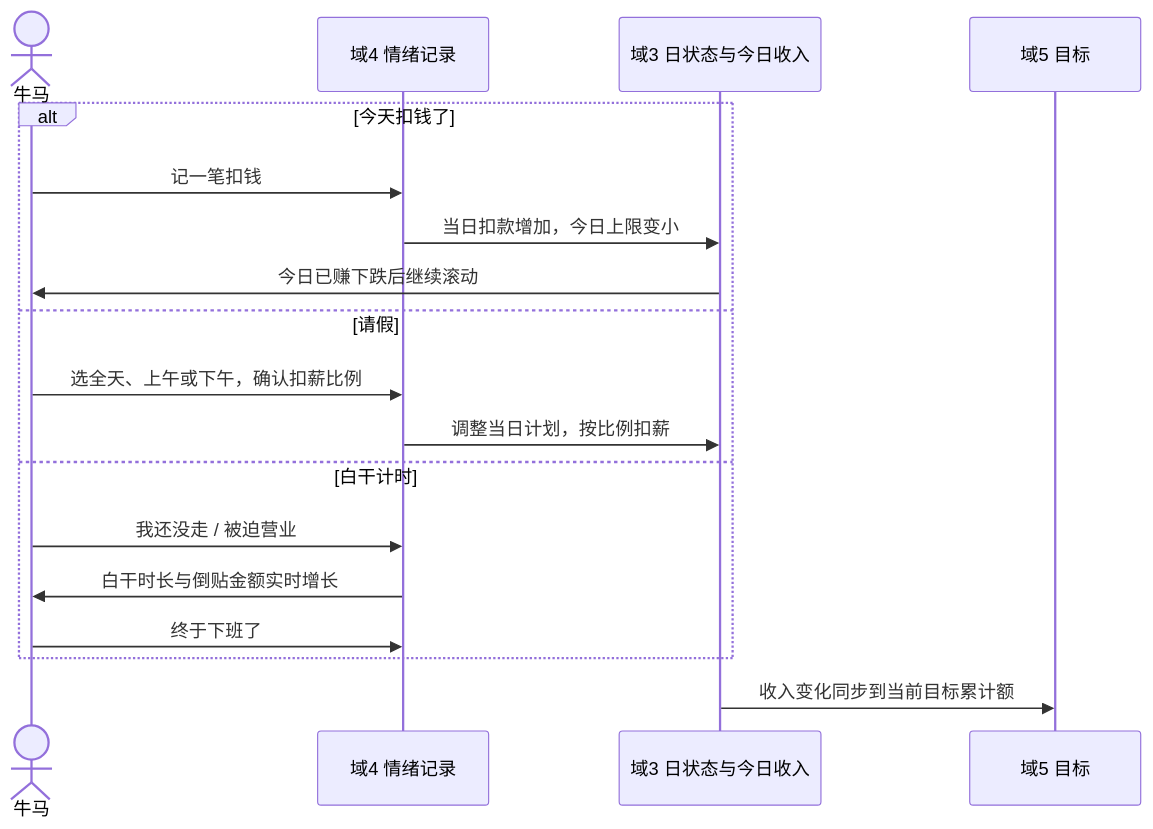
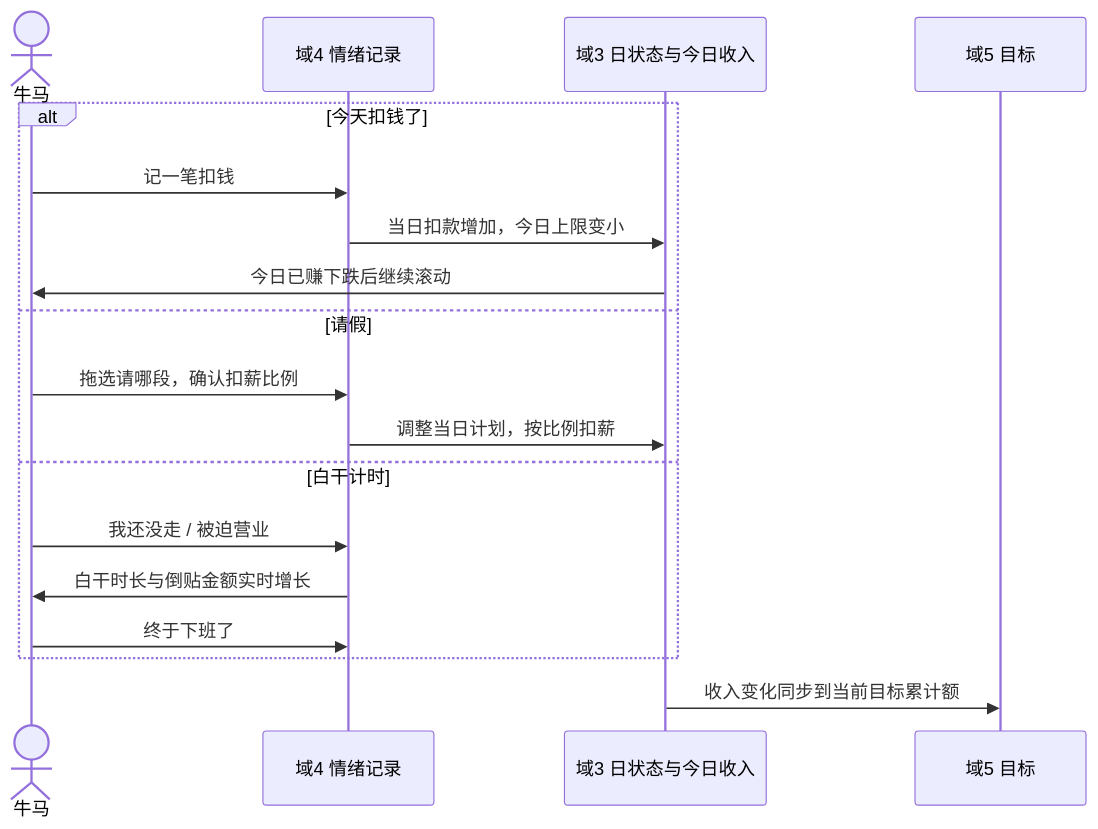
The third of 5 diagrams in docs/prd.md (zhew1585/wage-tick), drawn with Mermaid before and after one commit. The commit also changed other lines of this file and 124 other files, not shown here.

````diff
--- a/docs/prd.md
+++ b/docs/prd.md
@@ -201,20 +205,20 @@
 ```mermaid
 sequenceDiagram
     actor N as 牛马
     participant D4 as 域4 情绪记录
     participant D3 as 域3 日状态与今日收入
     participant D5 as 域5 目标
     alt 今天扣钱了
         N->>D4: 记一笔扣钱
         D4->>D3: 当日扣款增加，今日上限变小
         D3->>N: 今日已赚下跌后继续滚动
     else 请假
-        N->>D4: 选全天、上午或下午，确认扣薪比例
+        N->>D4: 拖选请哪段，确认扣薪比例
         D4->>D3: 调整当日计划，按比例扣薪
     else 白干计时
         N->>D4: 我还没走 / 被迫营业
         D4->>N: 白干时长与倒贴金额实时增长
         N->>D4: 终于下班了
     end
     D3->>D5: 收入变化同步到当前目标累计额
 ```
````
